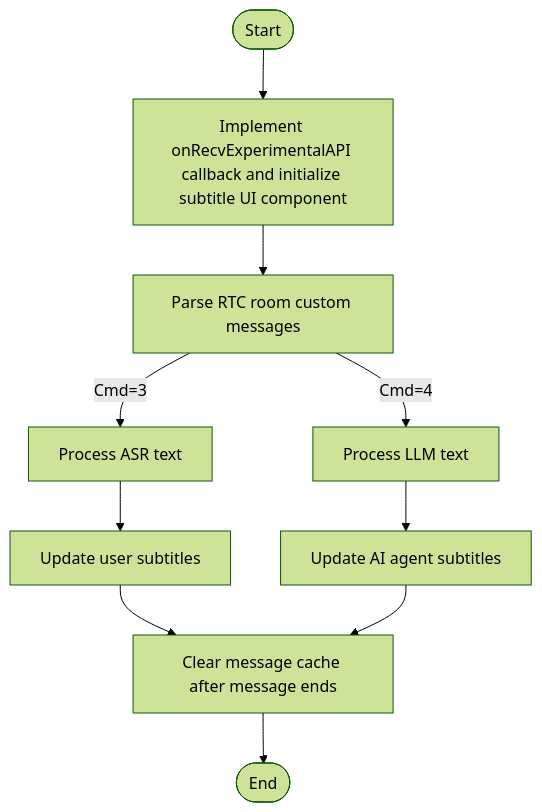
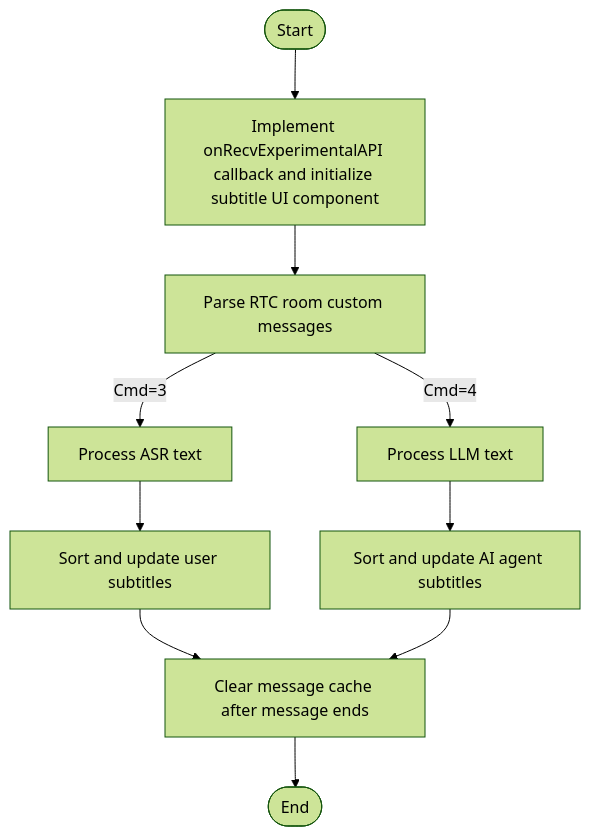
Before and after one commit to ZEGOCLOUD/docs_all: the diagram in core_products/aiagent/en/android/Guides/Display subtitles.mdx, drawn with Mermaid (forest theme). The commit also changed other lines of this file and 7 other files, not shown here.

````diff
--- a/core_products/aiagent/en/android/Guides/Display subtitles.mdx
+++ b/core_products/aiagent/en/android/Guides/Display subtitles.mdx
@@ -23,12 +23,12 @@
 ```mermaid
 flowchart TD
     Start([Start]) --> Init[Implement onRecvExperimentalAPI callback and initialize subtitle UI component]
     Init --> ParseMessage[Parse RTC room custom messages]
     ParseMessage --> |Cmd=3| ProcessASR[Process ASR text]
     ParseMessage --> |Cmd=4| ProcessLLM[Process LLM text]
-    ProcessASR --> UpdateSubtitles1[Update user subtitles]
-    ProcessLLM --> UpdateSubtitles2[Update AI agent subtitles]
+    ProcessASR --> UpdateSubtitles1[Sort and update user subtitles]
+    ProcessLLM --> UpdateSubtitles2[Sort and update AI agent subtitles]
     UpdateSubtitles1 --> HandleEndFlags[Clear message cache after message ends]
     UpdateSubtitles2 --> HandleEndFlags[Clear message cache after message ends]
     HandleEndFlags --> End([End])
 ```
````
